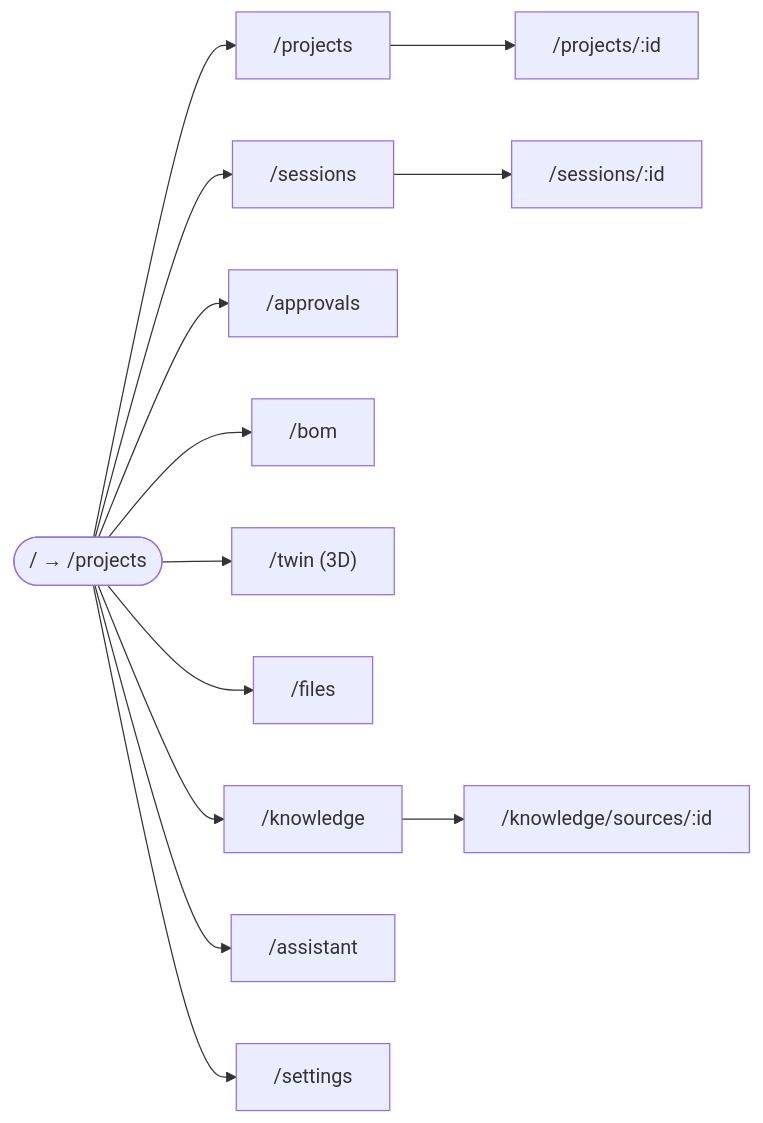
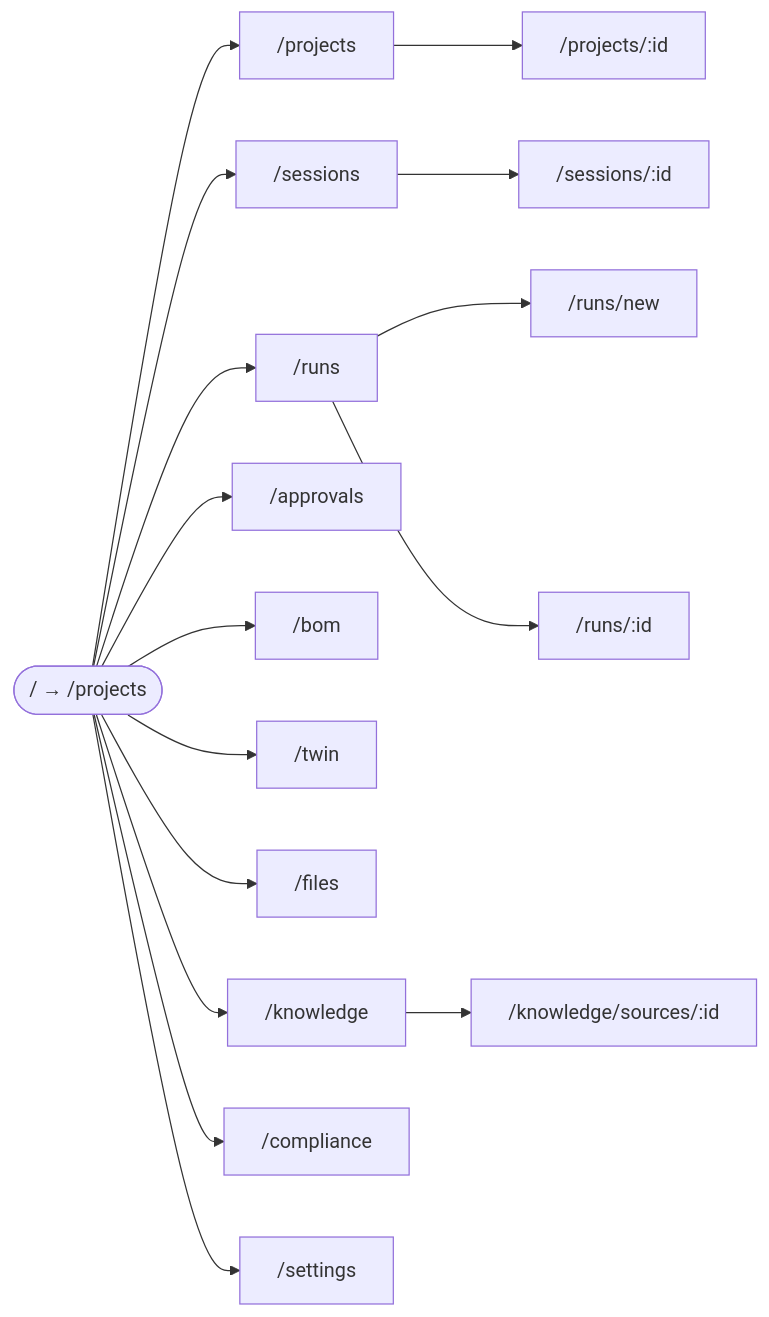
One commit to FidelOdok/MetaForge changed the diagram in docs/dashboard-tour.md. Above: the diagram before and after it, drawn with Mermaid. The commit also changed other lines of this file and 75 other files, not shown here.

````diff
--- a/docs/dashboard-tour.md
+++ b/docs/dashboard-tour.md
@@ -32,29 +58,35 @@
 ```mermaid
 flowchart LR
     home(["/ → /projects"])
     proj["/projects"]
     projDetail["/projects/:id"]
     sess["/sessions"]
     sessDetail["/sessions/:id"]
+    runs["/runs"]
+    runNew["/runs/new"]
+    runDetail["/runs/:id"]
     appr["/approvals"]
     bom["/bom"]
-    twin["/twin (3D)"]
+    twin["/twin"]
     files["/files"]
     know["/knowledge"]
     srcDetail["/knowledge/sources/:id"]
-    asst["/assistant"]
+    comp["/compliance"]
     settings["/settings"]
 
     home --> proj
     proj --> projDetail
     home --> sess
     sess --> sessDetail
+    home --> runs
+    runs --> runNew
+    runs --> runDetail
     home --> appr
     home --> bom
     home --> twin
     home --> files
     home --> know
     know --> srcDetail
-    home --> asst
+    home --> comp
     home --> settings
 ```
````
